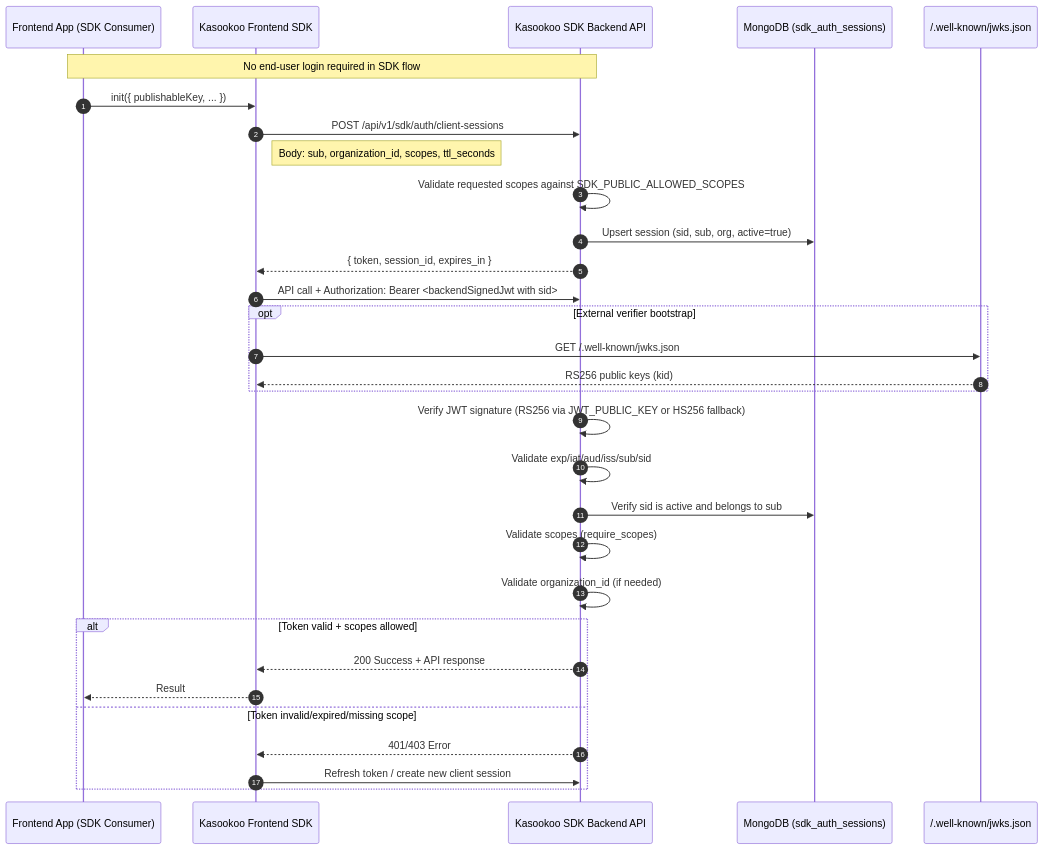
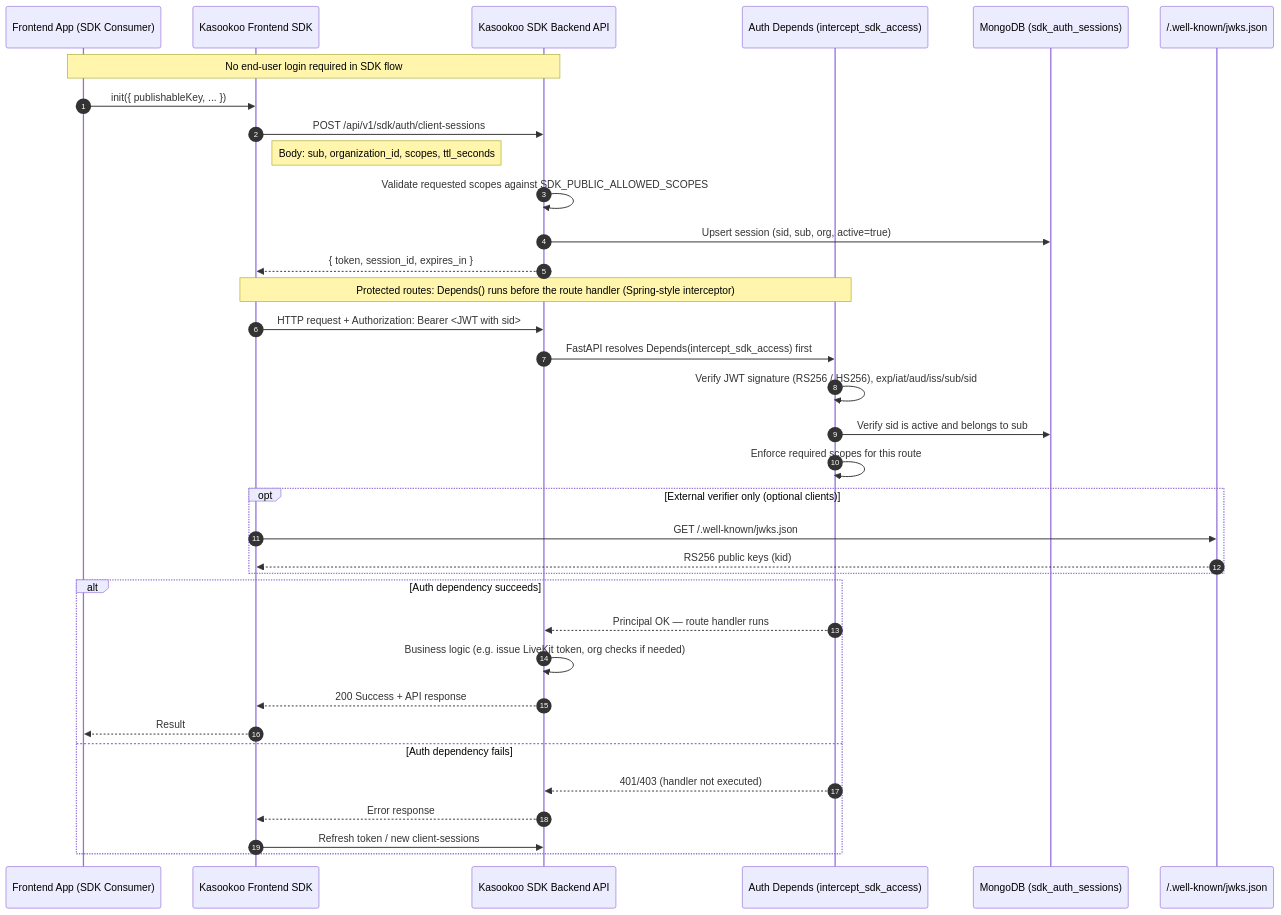
One commit to Kasookoo/kasookoo-sdk-backend changed the third of 4 diagrams in README.md. Above: the diagram before and after it, drawn with Mermaid. The commit also changed other lines of this file and 9 other files, not shown here.

````diff
--- a/README.md
+++ b/README.md
@@ -391,37 +520,41 @@
 ```mermaid
 sequenceDiagram
     autonumber
     participant FE as Frontend App (SDK Consumer)
     participant SDK as Kasookoo Frontend SDK
     participant KB as Kasookoo SDK Backend API
+    participant AUTH as Auth Depends (intercept_sdk_access)
     participant DB as MongoDB (sdk_auth_sessions)
     participant JWKS as /.well-known/jwks.json
 
     Note over FE,KB: No end-user login required in SDK flow
 
     FE->>SDK: init({ publishableKey, ... })
     SDK->>KB: POST /api/v1/sdk/auth/client-sessions
     Note right of SDK: Body: sub, organization_id, scopes, ttl_seconds
     KB->>KB: Validate requested scopes against SDK_PUBLIC_ALLOWED_SCOPES
     KB->>DB: Upsert session (sid, sub, org, active=true)
     KB-->>SDK: { token, session_id, expires_in }
 
-    SDK->>KB: API call + Authorization: Bearer <backendSignedJwt with sid>
-    opt External verifier bootstrap
+    Note over SDK,AUTH: Protected routes: Depends() runs before the route handler (Spring-style interceptor)
+    SDK->>KB: HTTP request + Authorization: Bearer <JWT with sid>
+    KB->>AUTH: FastAPI resolves Depends(intercept_sdk_access) first
+    AUTH->>AUTH: Verify JWT signature (RS256 / HS256), exp/iat/aud/iss/sub/sid
+    AUTH->>DB: Verify sid is active and belongs to sub
+    AUTH->>AUTH: Enforce required scopes for this route
+    opt External verifier only (optional clients)
       SDK->>JWKS: GET /.well-known/jwks.json
       JWKS-->>SDK: RS256 public keys (kid)
     end
-    KB->>KB: Verify JWT signature (RS256 via JWT_PUBLIC_KEY or HS256 fallback)
-    KB->>KB: Validate exp/iat/aud/iss/sub/sid
-    KB->>DB: Verify sid is active and belongs to sub
-    KB->>KB: Validate scopes (require_scopes)
-    KB->>KB: Validate organization_id (if needed)
 
-    alt Token valid + scopes allowed
+    alt Auth dependency succeeds
+        AUTH-->>KB: Principal OK — route handler runs
+        KB->>KB: Business logic (e.g. issue LiveKit token, org checks if needed)
         KB-->>SDK: 200 Success + API response
         SDK-->>FE: Result
-    else Token invalid/expired/missing scope
-        KB-->>SDK: 401/403 Error
-        SDK->>KB: Refresh token / create new client session
+    else Auth dependency fails
+        AUTH-->>KB: 401/403 (handler not executed)
+        KB-->>SDK: Error response
+        SDK->>KB: Refresh token / new client-sessions
     end
 ```
````
